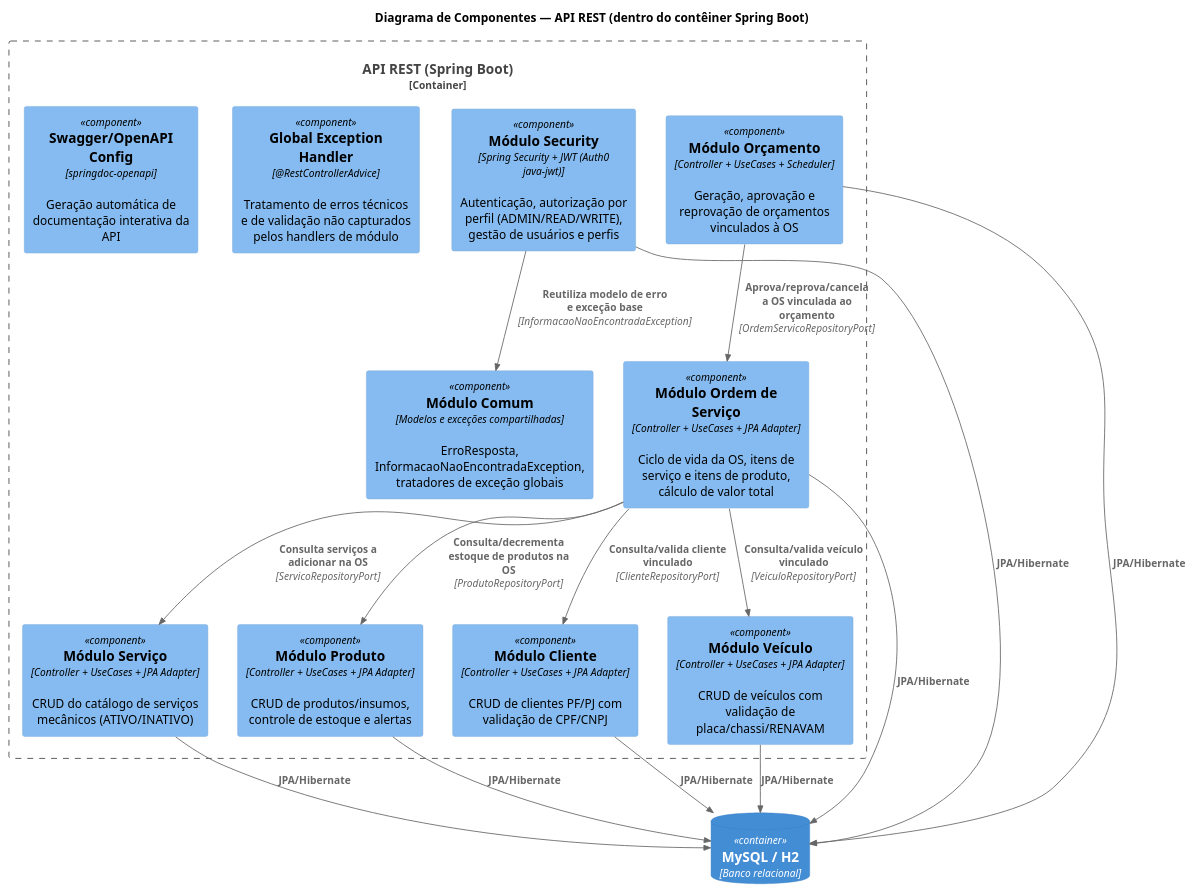
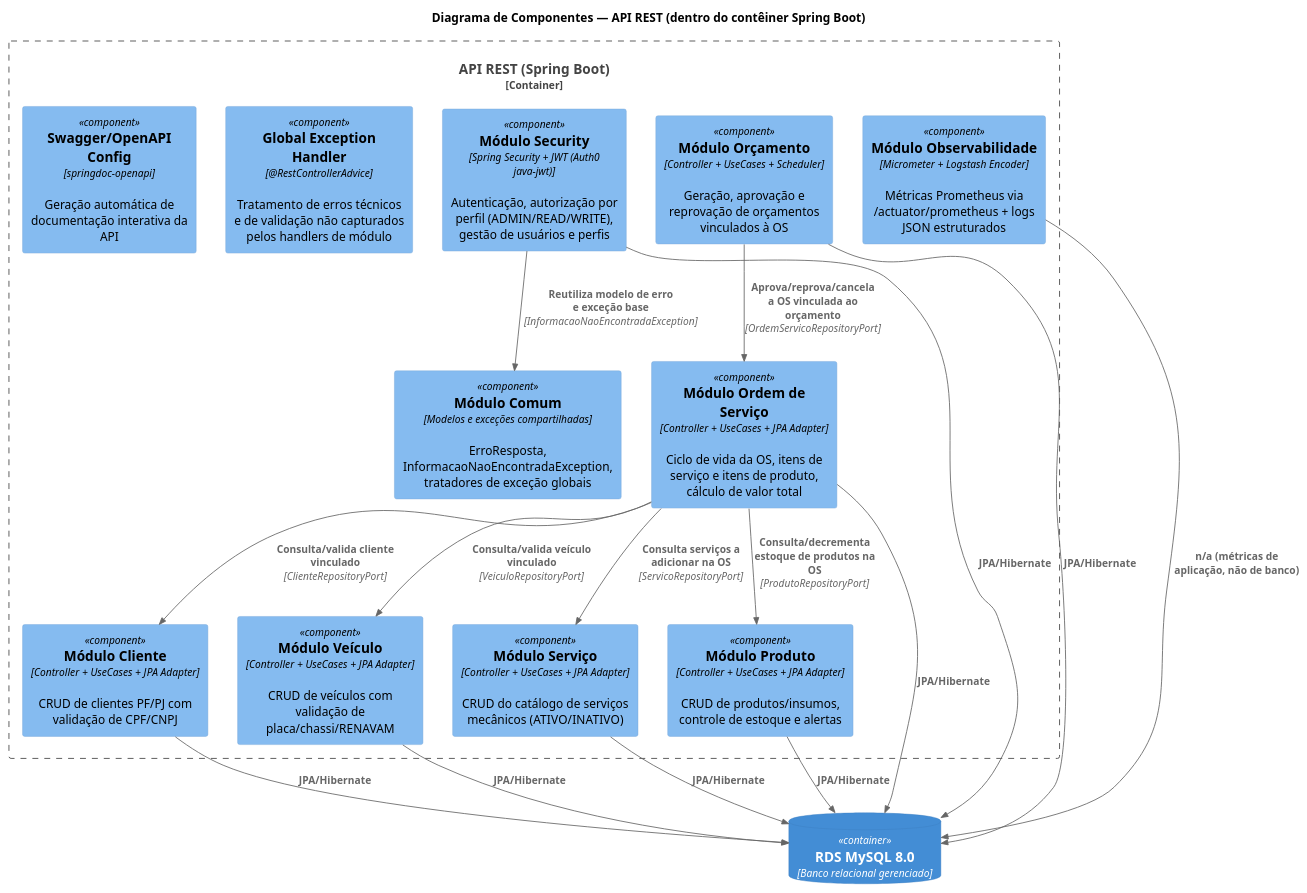
Before and after one commit to AutocenterFiap/autocenter: the third of 8 diagrams in README.md, drawn with PlantUML. The commit also changed other lines of this file, not shown here.

````diff
--- a/README.md
+++ b/README.md
@@ -204,39 +214,41 @@
 ```plantuml
 @startuml C4_Component_AutoCenterFIAP
 !include <C4/C4_Component>
 
 title Diagrama de Componentes — API REST (dentro do contêiner Spring Boot)
 
 Container_Boundary(api, "API REST (Spring Boot)") {
 
     Component(security, "Módulo Security", "Spring Security + JWT (Auth0 java-jwt)", "Autenticação, autorização por perfil (ADMIN/READ/WRITE), gestão de usuários e perfis")
     Component(cliente, "Módulo Cliente", "Controller + UseCases + JPA Adapter", "CRUD de clientes PF/PJ com validação de CPF/CNPJ")
     Component(veiculo, "Módulo Veículo", "Controller + UseCases + JPA Adapter", "CRUD de veículos com validação de placa/chassi/RENAVAM")
     Component(servico, "Módulo Serviço", "Controller + UseCases + JPA Adapter", "CRUD do catálogo de serviços mecânicos (ATIVO/INATIVO)")
     Component(produto, "Módulo Produto", "Controller + UseCases + JPA Adapter", "CRUD de produtos/insumos, controle de estoque e alertas")
     Component(ordemServico, "Módulo Ordem de Serviço", "Controller + UseCases + JPA Adapter", "Ciclo de vida da OS, itens de serviço e itens de produto, cálculo de valor total")
     Component(orcamento, "Módulo Orçamento", "Controller + UseCases + Scheduler", "Geração, aprovação e reprovação de orçamentos vinculados à OS")
+    Component(observabilidade, "Módulo Observabilidade", "Micrometer + Logstash Encoder", "Métricas Prometheus via /actuator/prometheus + logs JSON estruturados")
     Component(comum, "Módulo Comum", "Modelos e exceções compartilhadas", "ErroResposta, InformacaoNaoEncontradaException, tratadores de exceção globais")
 
     Component(globalHandler, "Global Exception Handler", "@RestControllerAdvice", "Tratamento de erros técnicos e de validação não capturados pelos handlers de módulo")
     Component(swaggerConfig, "Swagger/OpenAPI Config", "springdoc-openapi", "Geração automática de documentação interativa da API")
 }
 
-ContainerDb(db, "MySQL / H2", "Banco relacional")
+ContainerDb(rds, "RDS MySQL 8.0", "Banco relacional gerenciado")
 
 Rel(ordemServico, cliente, "Consulta/valida cliente vinculado", "ClienteRepositoryPort")
 Rel(ordemServico, veiculo, "Consulta/valida veículo vinculado", "VeiculoRepositoryPort")
 Rel(ordemServico, servico, "Consulta serviços a adicionar na OS", "ServicoRepositoryPort")
 Rel(ordemServico, produto, "Consulta/decrementa estoque de produtos na OS", "ProdutoRepositoryPort")
 Rel(orcamento, ordemServico, "Aprova/reprova/cancela a OS vinculada ao orçamento", "OrdemServicoRepositoryPort")
 Rel(security, comum, "Reutiliza modelo de erro e exceção base", "InformacaoNaoEncontradaException")
-Rel(cliente, db, "JPA/Hibernate")
-Rel(veiculo, db, "JPA/Hibernate")
-Rel(servico, db, "JPA/Hibernate")
-Rel(produto, db, "JPA/Hibernate")
-Rel(ordemServico, db, "JPA/Hibernate")
-Rel(orcamento, db, "JPA/Hibernate")
-Rel(security, db, "JPA/Hibernate")
+Rel(cliente, rds, "JPA/Hibernate")
+Rel(veiculo, rds, "JPA/Hibernate")
+Rel(servico, rds, "JPA/Hibernate")
+Rel(produto, rds, "JPA/Hibernate")
+Rel(ordemServico, rds, "JPA/Hibernate")
+Rel(orcamento, rds, "JPA/Hibernate")
+Rel(security, rds, "JPA/Hibernate")
+Rel(observabilidade, rds, "n/a (métricas de aplicação, não de banco)")
 
 @enduml
 ```
````
